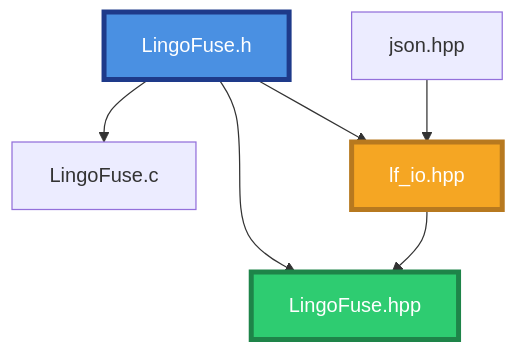
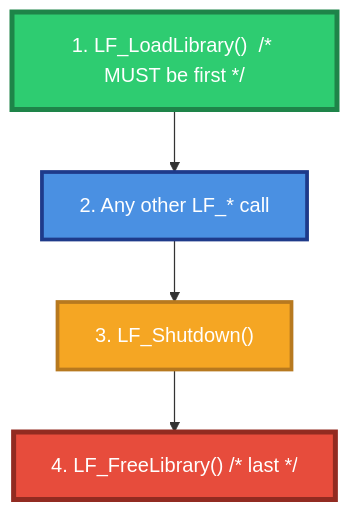
Before and after one commit to PassByYou888/LingoFuse: the third of 26 diagrams in cpp/LingoFuse_Cpp_Knowledge_Base.md, drawn with Mermaid. The commit also changed other lines of this file, not shown here.

````diff
--- a/cpp/LingoFuse_Cpp_Knowledge_Base.md
+++ b/cpp/LingoFuse_Cpp_Knowledge_Base.md
@@ -92,18 +162,14 @@
 ```mermaid
 flowchart TB
-    JSON["json.hpp"]
-    H["LingoFuse.h"]
-    C["LingoFuse.c"]
-    IO["lf_io.hpp"]
-    HPP["LingoFuse.hpp"]
+    A["1. LF_LoadLibrary()  /* MUST be first */"]
+    B["2. Any other LF_* call"]
+    C["3. LF_Shutdown()"]
+    D["4. LF_FreeLibrary()  /* last */"]
 
-    JSON --> IO
-    H --> IO
-    H --> HPP
-    IO --> HPP
-    H --> C
+    A --> B --> C --> D
 
-    style H fill:#4A90E2,stroke:#1E3A8A,stroke-width:4px,color:#FFFFFF
-    style IO fill:#F5A623,stroke:#B7791F,stroke-width:4px,color:#FFFFFF
-    style HPP fill:#2ECC71,stroke:#1E8449,stroke-width:4px,color:#FFFFFF
+    style A fill:#2ECC71,stroke:#1E8449,stroke-width:4px,color:#FFFFFF
+    style D fill:#E74C3C,stroke:#922B21,stroke-width:4px,color:#FFFFFF
+    style B fill:#4A90E2,stroke:#1E3A8A,stroke-width:3px,color:#FFFFFF
+    style C fill:#F5A623,stroke:#B7791F,stroke-width:3px,color:#FFFFFF
 ```
````
